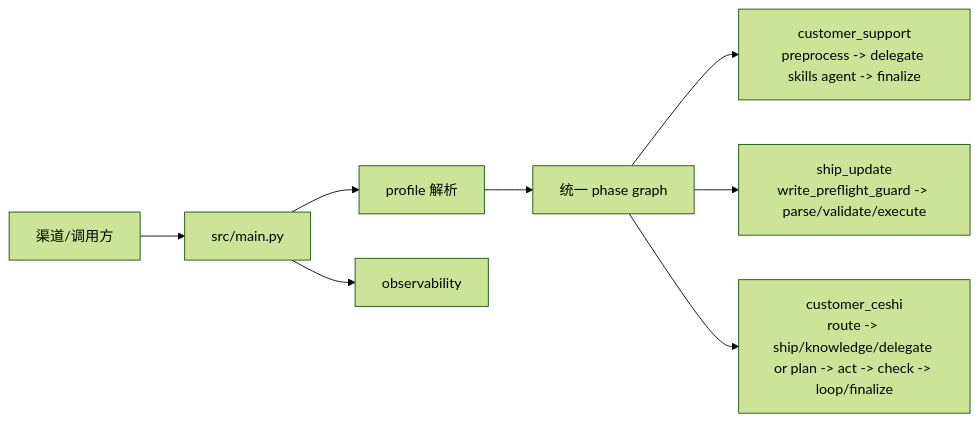
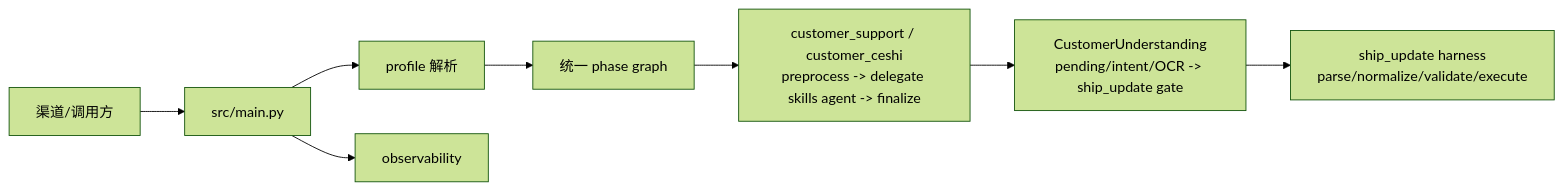
Before and after one commit to lr12338/hifleet-agent: the diagram in docs/README.md, drawn with Mermaid (forest theme). The commit also changed other lines of this file and 18 other files, not shown here.

````diff
--- a/docs/README.md
+++ b/docs/README.md
@@ -35,10 +36,10 @@
 ```mermaid
 flowchart LR
     Client[渠道/调用方] --> API[src/main.py]
     API --> Profile[profile 解析]
     Profile --> Graph[统一 phase graph]
-    Graph --> CS[customer_support<br/>preprocess -> delegate skills agent -> finalize]
-    Graph --> ShipWrite[ship_update<br/>write_preflight_guard -> parse/validate/execute]
-    Graph --> Ceshi[customer_ceshi<br/>route -> ship/knowledge/delegate or plan -> act -> check -> loop/finalize]
+    Graph --> CS[customer_support / customer_ceshi<br/>preprocess -> delegate skills agent -> finalize]
+    CS --> ShipGate[CustomerUnderstanding<br/>pending/intent/OCR -> ship_update gate]
+    ShipGate --> ShipWrite[ship_update harness<br/>parse/normalize/validate/execute]
     API --> Obs[observability]
 ```
````
